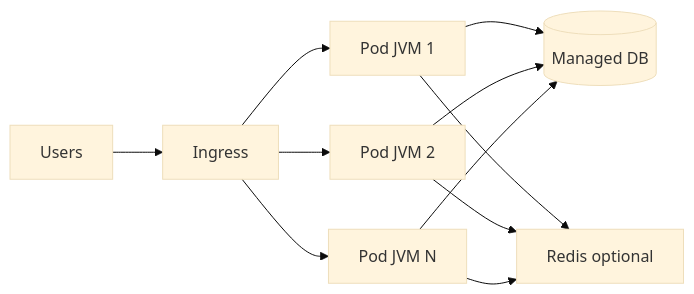
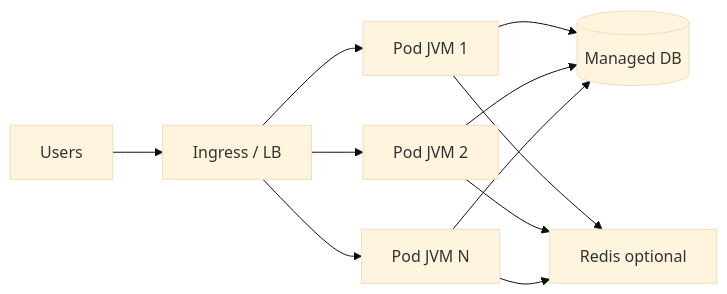
Before and after one commit to lostfromlight1/java-handbook: the first of 3 diagrams in 49-cloud-and-containerization/01-cloud-native-java.md, drawn with Mermaid (base theme). The commit also changed other lines of this file and 4 other files, not shown here.

````diff
--- a/49-cloud-and-containerization/01-cloud-native-java.md
+++ b/49-cloud-and-containerization/01-cloud-native-java.md
@@ -69,13 +126,13 @@
 ```mermaid
 flowchart LR
-  U[Users] --> IN[Ingress]
+  U[Users] --> IN[Ingress / LB]
   IN --> P1[Pod JVM 1]
   IN --> P2[Pod JVM 2]
   IN --> P3[Pod JVM N]
   P1 --> DB[(Managed DB)]
   P2 --> DB
   P3 --> DB
   P1 --> R[Redis optional]
   P2 --> R
   P3 --> R
 ```
````
